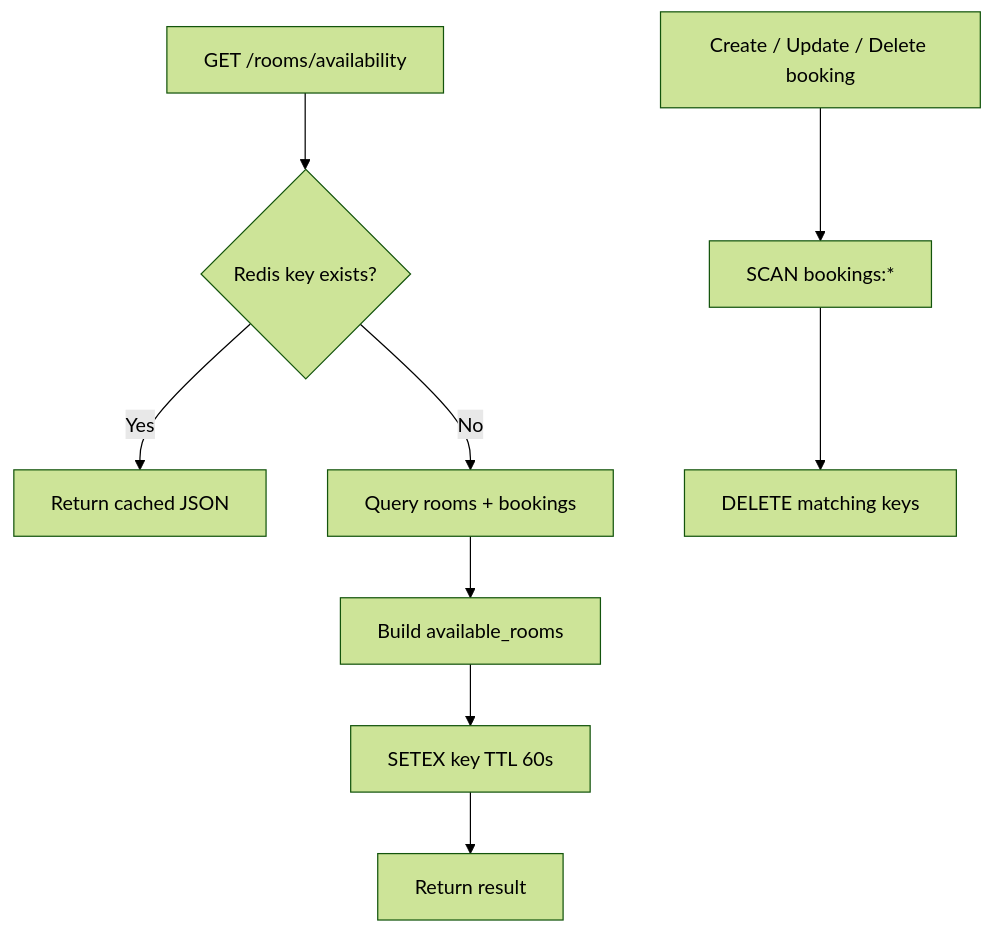
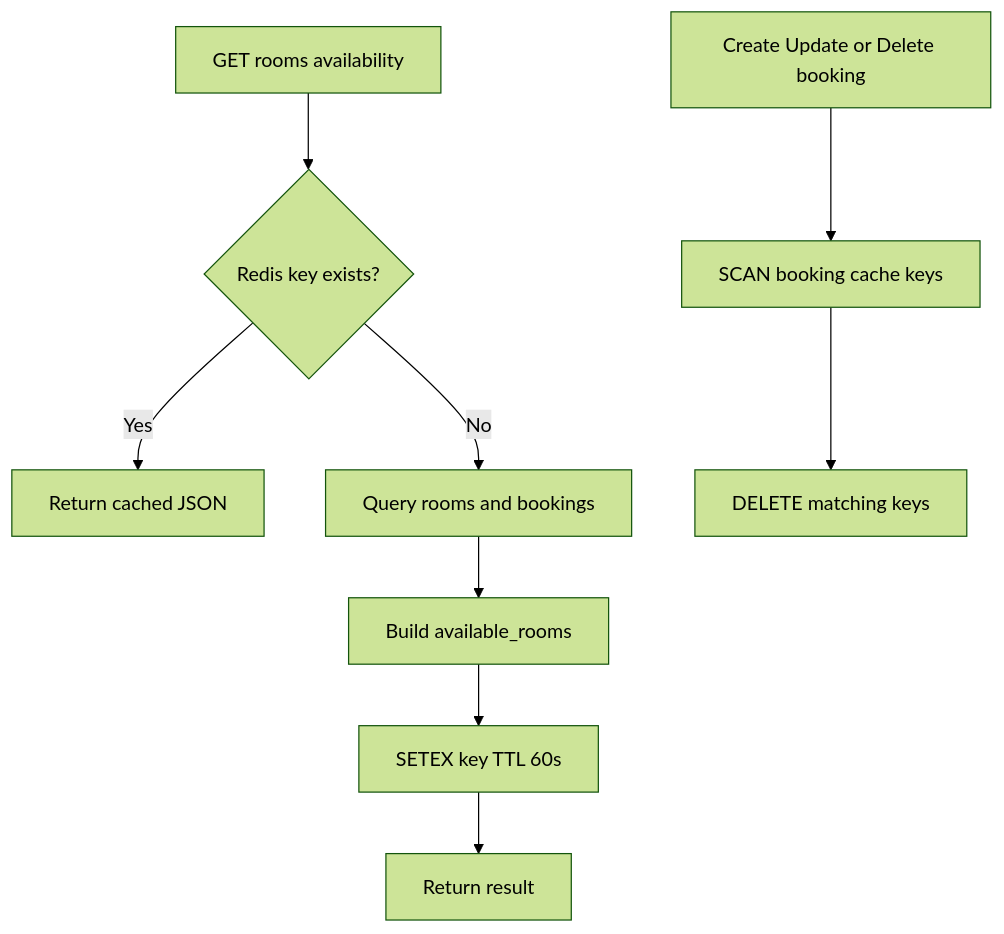
One commit to gnanavi030/booking-system changed diagram 16 of 17 in Readme.md. Above: the diagram before and after it, drawn with Mermaid (forest theme). The commit also changed other lines of this file, not shown here.

````diff
--- a/Readme.md
+++ b/Readme.md
@@ -864,12 +858,12 @@
 ```mermaid
 flowchart TD
-    A[GET /rooms/availability] --> B{Redis key exists?}
+    A[GET rooms availability] --> B{Redis key exists?}
     B -->|Yes| C[Return cached JSON]
-    B -->|No| D[Query rooms + bookings]
+    B -->|No| D[Query rooms and bookings]
     D --> E[Build available_rooms]
     E --> F[SETEX key TTL 60s]
     F --> G[Return result]
 
-    H[Create / Update / Delete booking] --> I[SCAN bookings:*]
+    H[Create Update or Delete booking] --> I[SCAN booking cache keys]
     I --> J[DELETE matching keys]
 ```
````
